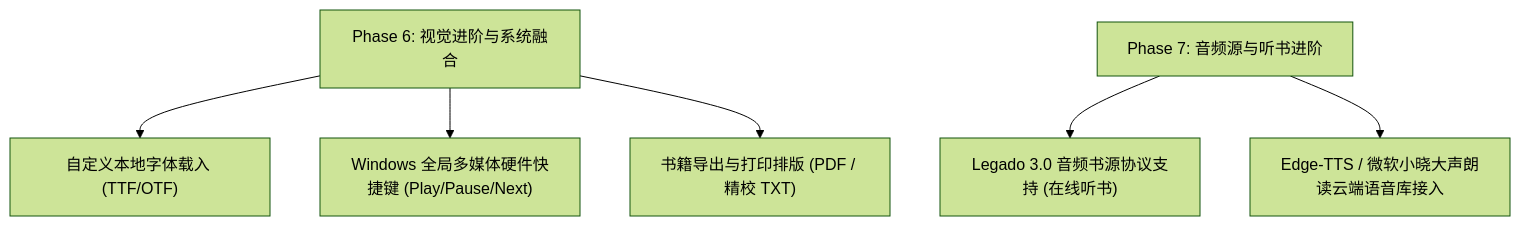
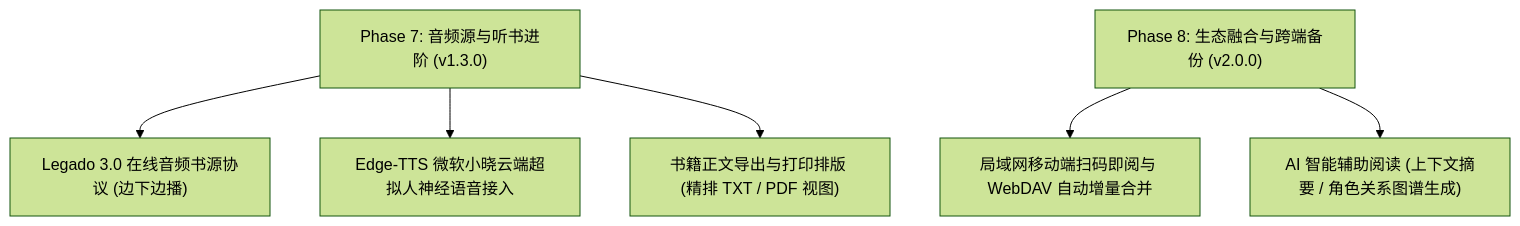
One commit to TttXxx36/legado-windows changed the diagram in docs/planning/ROADMAP.md. Above: the diagram before and after it, drawn with Mermaid (forest theme). The commit also changed other lines of this file and 16 other files, not shown here.

````diff
--- a/docs/planning/ROADMAP.md
+++ b/docs/planning/ROADMAP.md
@@ -51,9 +67,9 @@
 ```mermaid
 flowchart TD
-    Phase6["Phase 6: 视觉进阶与系统融合"] --> P6_1["自定义本地字体载入 (TTF/OTF)"]
-    Phase6 --> P6_2["Windows 全局多媒体硬件快捷键 (Play/Pause/Next)"]
-    Phase6 --> P6_3["书籍导出与打印排版 (PDF / 精校 TXT)"]
+    Phase7["Phase 7: 音频源与听书进阶 (v1.3.0)"] --> P7_1["Legado 3.0 在线音频书源协议 (边下边播)"]
+    Phase7 --> P7_2["Edge-TTS 微软小晓云端超拟人神经语音接入"]
+    Phase7 --> P7_3["书籍正文导出与打印排版 (精排 TXT / PDF 视图)"]
     
-    Phase7["Phase 7: 音频源与听书进阶"] --> P7_1["Legado 3.0 音频书源协议支持 (在线听书)"]
-    Phase7 --> P7_2["Edge-TTS / 微软小晓大声朗读云端语音库接入"]
+    Phase8["Phase 8: 生态融合与跨端备份 (v2.0.0)"] --> P8_1["局域网移动端扫码即阅与 WebDAV 自动增量合并"]
+    Phase8 --> P8_2["AI 智能辅助阅读 (上下文摘要 / 角色关系图谱生成)"]
 ```
````
